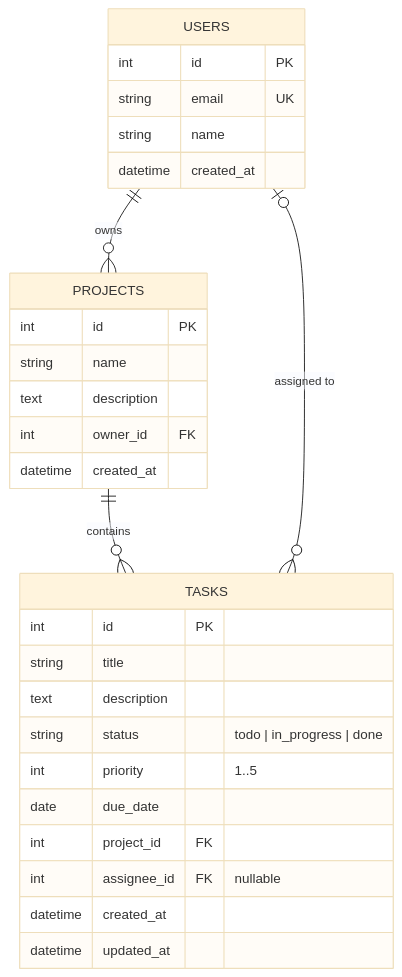
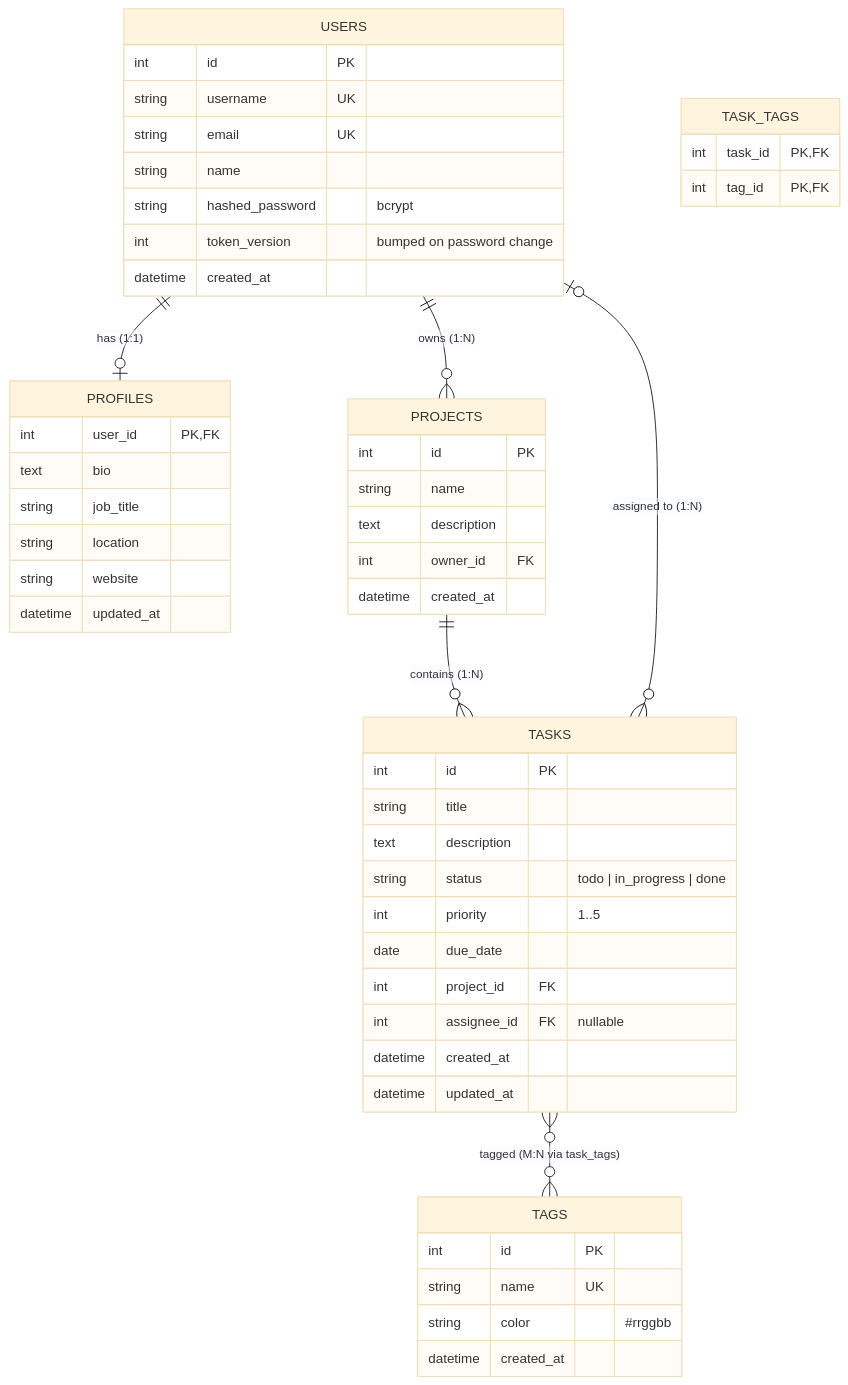
Before and after one commit to Danila-Khlebokazov/KBTU-Master-WebDev-Fall2026: the diagram in README.md, drawn with Mermaid (base theme). The commit also changed other lines of this file and 44 other files, not shown here.

````diff
--- a/README.md
+++ b/README.md
@@ -28,32 +78,55 @@
 ```mermaid
 erDiagram
-    USERS ||--o{ PROJECTS : owns
-    PROJECTS ||--o{ TASKS : contains
-    USERS |o--o{ TASKS : "assigned to"
+    USERS ||--o| PROFILES : "has (1:1)"
+    USERS ||--o{ PROJECTS : "owns (1:N)"
+    PROJECTS ||--o{ TASKS : "contains (1:N)"
+    USERS |o--o{ TASKS : "assigned to (1:N)"
+    TASKS }o--o{ TAGS : "tagged (M:N via task_tags)"
 
     USERS {
         int id PK
+        string username UK
         string email UK
         string name
+        string hashed_password "bcrypt"
+        int token_version "bumped on password change"
         datetime created_at
+    }
+    PROFILES {
+        int user_id PK,FK
+        text bio
+        string job_title
+        string location
+        string website
+        datetime updated_at
     }
     PROJECTS {
         int id PK
         string name
         text description
         int owner_id FK
         datetime created_at
     }
     TASKS {
         int id PK
         string title
         text description
         string status "todo | in_progress | done"
         int priority "1..5"
         date due_date
         int project_id FK
         int assignee_id FK "nullable"
         datetime created_at
         datetime updated_at
     }
+    TAGS {
+        int id PK
+        string name UK
+        string color "#rrggbb"
+        datetime created_at
+    }
+    TASK_TAGS {
+        int task_id PK,FK
+        int tag_id PK,FK
+    }
 ```
````
